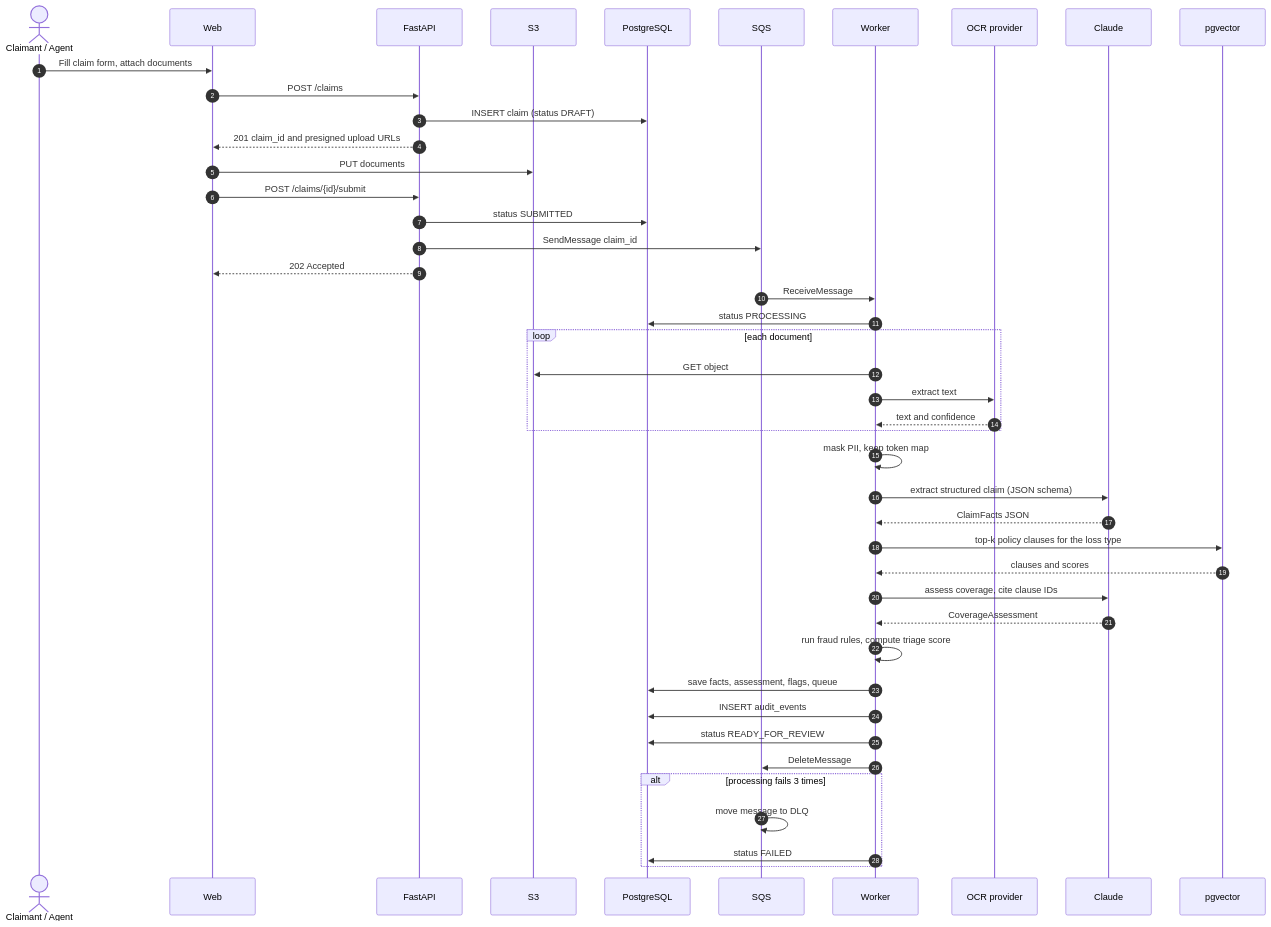
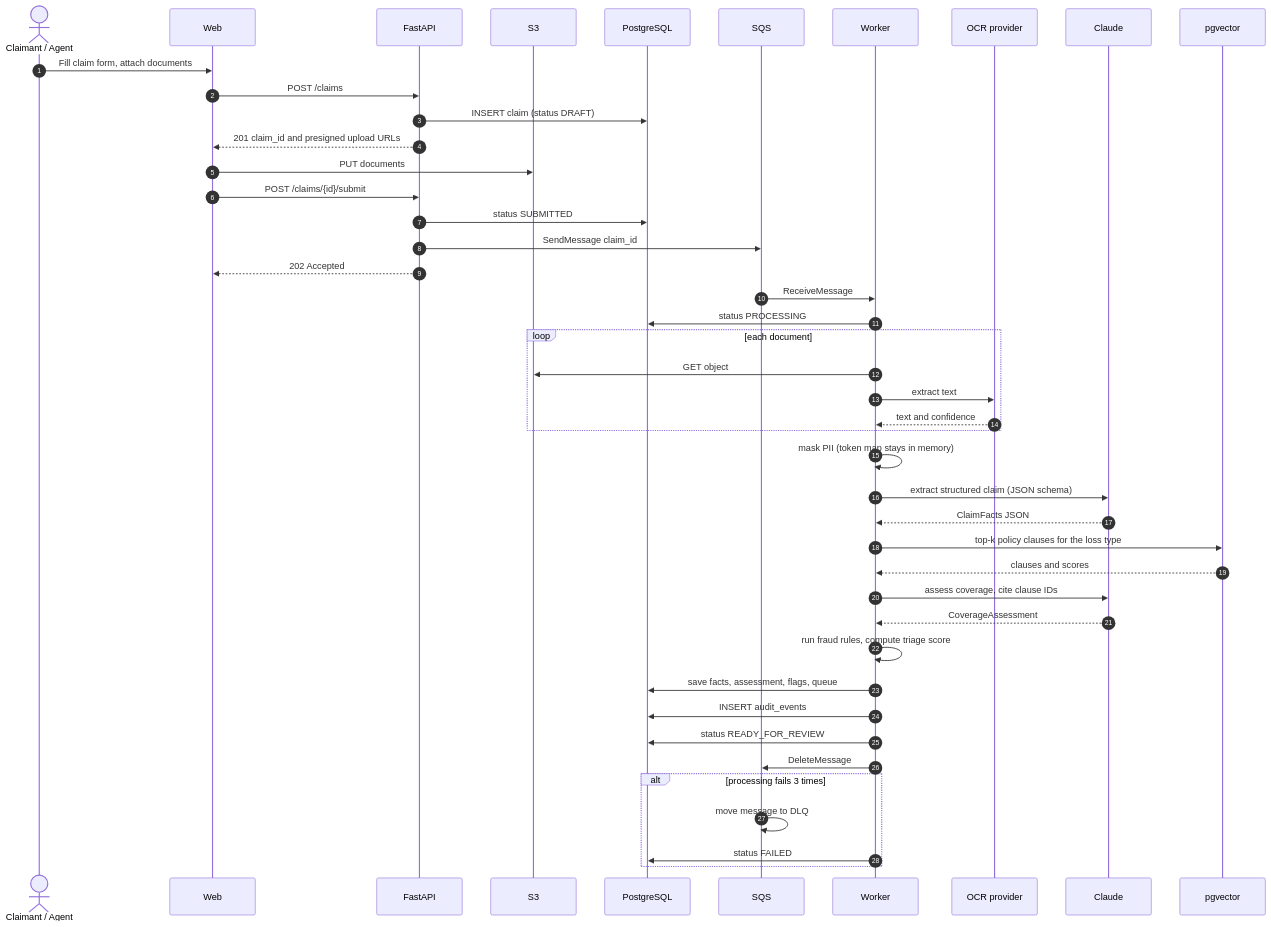
One commit to ABHI-742/claimlens changed the diagram in docs/diagrams/sequence-claim-processing.md. Above: the diagram before and after it, drawn with Mermaid. The commit also changed 12 other files, not shown here.

First line of the commit message:
Add rotating refresh tokens and correct the PII token map docs

````diff
--- a/docs/diagrams/sequence-claim-processing.md
+++ b/docs/diagrams/sequence-claim-processing.md
@@ -3,49 +3,49 @@
 ```mermaid
 sequenceDiagram
     autonumber
     actor C as Claimant / Agent
     participant UI as Web
     participant API as FastAPI
     participant S3 as S3
     participant DB as PostgreSQL
     participant Q as SQS
     participant W as Worker
     participant OCR as OCR provider
     participant LLM as Claude
     participant VEC as pgvector
 
     C->>UI: Fill claim form, attach documents
     UI->>API: POST /claims
     API->>DB: INSERT claim (status DRAFT)
     API-->>UI: 201 claim_id and presigned upload URLs
     UI->>S3: PUT documents
     UI->>API: POST /claims/{id}/submit
     API->>DB: status SUBMITTED
     API->>Q: SendMessage claim_id
     API-->>UI: 202 Accepted
 
     Q->>W: ReceiveMessage
     W->>DB: status PROCESSING
     loop each document
         W->>S3: GET object
         W->>OCR: extract text
         OCR-->>W: text and confidence
     end
-    W->>W: mask PII, keep token map
+    W->>W: mask PII (token map stays in memory)
     W->>LLM: extract structured claim (JSON schema)
     LLM-->>W: ClaimFacts JSON
     W->>VEC: top-k policy clauses for the loss type
     VEC-->>W: clauses and scores
     W->>LLM: assess coverage, cite clause IDs
     LLM-->>W: CoverageAssessment
     W->>W: run fraud rules, compute triage score
     W->>DB: save facts, assessment, flags, queue
     W->>DB: INSERT audit_events
     W->>DB: status READY_FOR_REVIEW
     W->>Q: DeleteMessage
 
     alt processing fails 3 times
         Q->>Q: move message to DLQ
         W->>DB: status FAILED
     end
 ```
````
